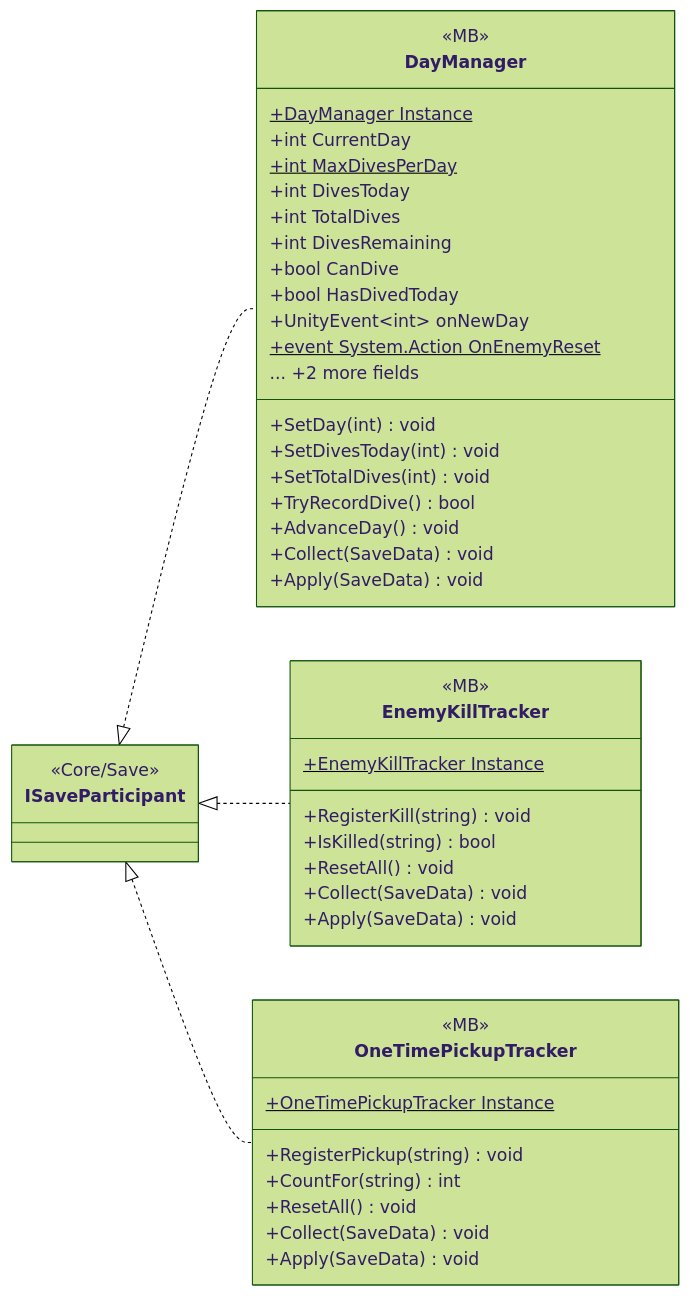
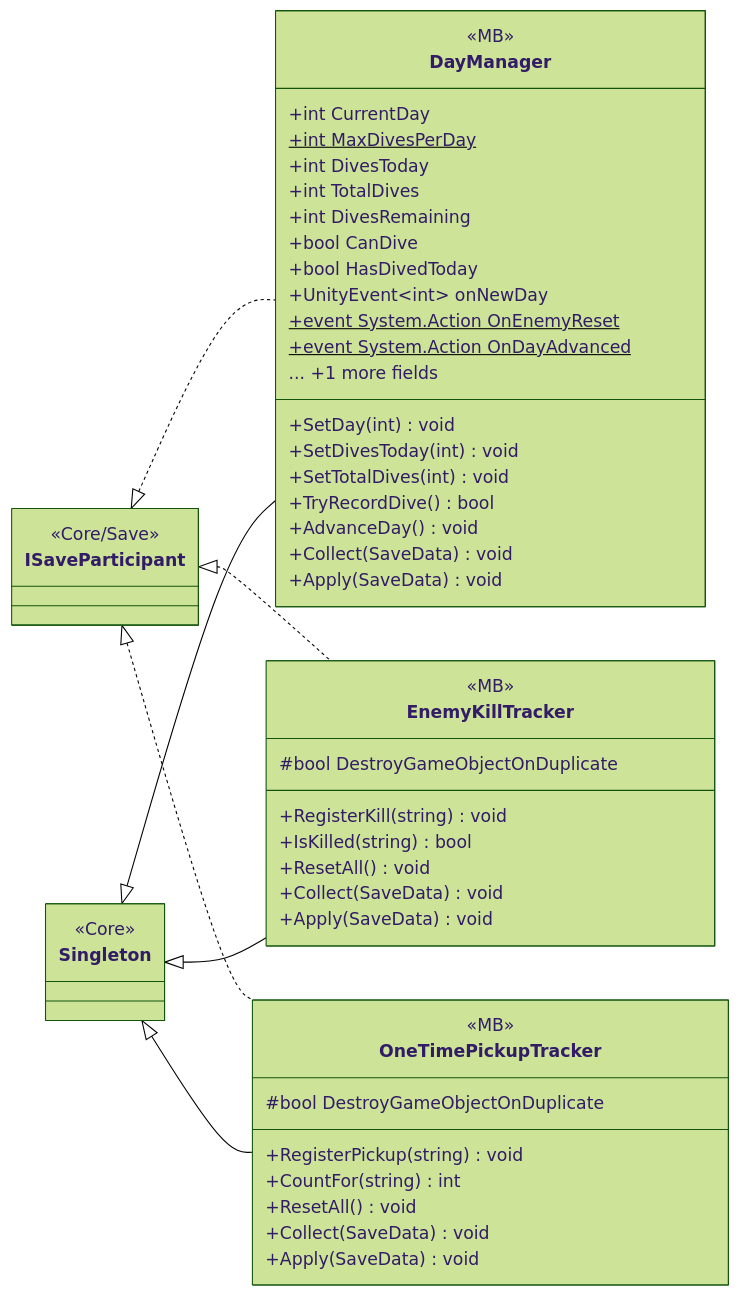
Before and after one commit to PhumipatWave/project-ocean: the diagram in docs/uml/modules/Core_Save_DayReset.md, drawn with Mermaid (forest theme). The commit also changed other lines of this file and 71 other files, not shown here.

Commit message:
Update UML diagrams

````diff
--- a/docs/uml/modules/Core_Save_DayReset.md
+++ b/docs/uml/modules/Core_Save_DayReset.md
@@ -7,49 +7,55 @@
 ```mermaid
 classDiagram
   direction LR
   class DayManager {
     <<MB>>
-    +DayManager Instance$
     +int CurrentDay
     +int MaxDivesPerDay$
     +int DivesToday
     +int TotalDives
     +int DivesRemaining
     +bool CanDive
     +bool HasDivedToday
     +UnityEvent~int~ onNewDay
     +event System.Action OnEnemyReset$
-    ... +2 more fields
+    +event System.Action OnDayAdvanced$
+    ... +1 more fields
     +SetDay(int) void
     +SetDivesToday(int) void
     +SetTotalDives(int) void
     +TryRecordDive() bool
     +AdvanceDay() void
     +Collect(SaveData) void
     +Apply(SaveData) void
   }
   class EnemyKillTracker {
     <<MB>>
-    +EnemyKillTracker Instance$
+    #bool DestroyGameObjectOnDuplicate
     +RegisterKill(string) void
     +IsKilled(string) bool
     +ResetAll() void
     +Collect(SaveData) void
     +Apply(SaveData) void
   }
   class OneTimePickupTracker {
     <<MB>>
-    +OneTimePickupTracker Instance$
+    #bool DestroyGameObjectOnDuplicate
     +RegisterPickup(string) void
     +CountFor(string) int
     +ResetAll() void
     +Collect(SaveData) void
     +Apply(SaveData) void
   }
   class ISaveParticipant {
     <<Core/Save>>
   }
+  class Singleton {
+    <<Core>>
+  }
   ISaveParticipant <|.. DayManager
   ISaveParticipant <|.. EnemyKillTracker
   ISaveParticipant <|.. OneTimePickupTracker
+  Singleton <|-- DayManager
+  Singleton <|-- EnemyKillTracker
+  Singleton <|-- OneTimePickupTracker
 ```
````
